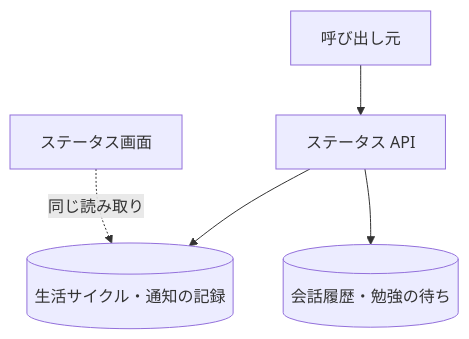
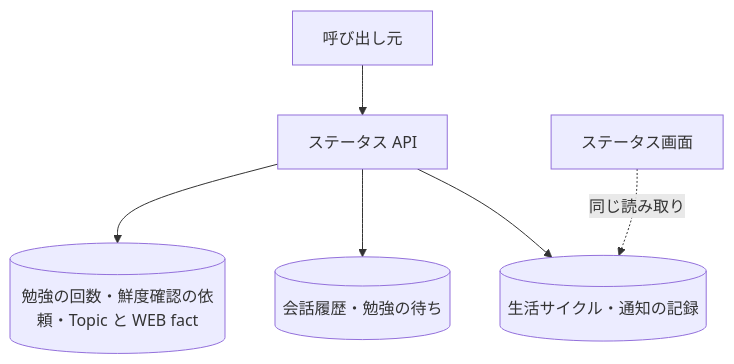
The diagram in docs/specs/livetalk/api/status.md (nagiyu/nagiyu-platform), drawn with Mermaid before and after one commit. The commit also changed other lines of this file and 5 other files, not shown here.

````diff
--- a/docs/specs/livetalk/api/status.md
+++ b/docs/specs/livetalk/api/status.md
@@ -55,7 +65,8 @@
 ```mermaid
 flowchart TD
     C[呼び出し元] --> A[ステータス API]
     A --> L[(生活サイクル・通知の記録)]
     A --> M[(会話履歴・勉強の待ち)]
+    A --> U[(勉強の回数・鮮度確認の依頼・Topic と WEB fact)]
     S[ステータス画面] -.同じ読み取り.-> L
 ```
````
